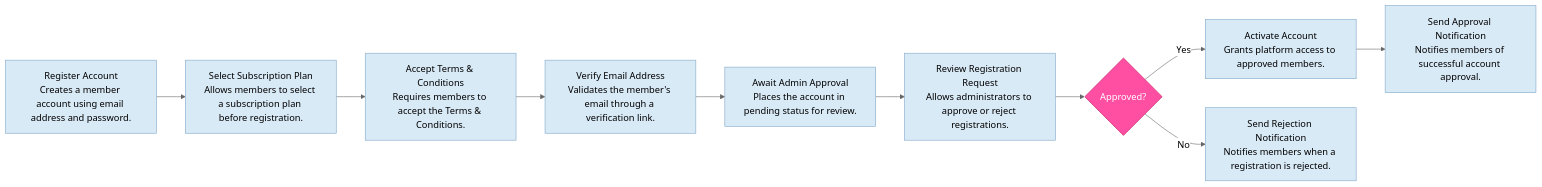
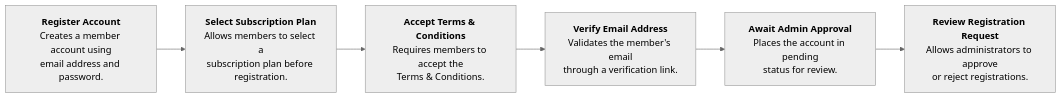
The diagram in member-registration-approval-workflow.md (TRANHALAN/ba-portfolio), drawn with Mermaid (neutral theme) before and after one commit. The commit also changed other lines of this file, not shown here.

````diff
--- a/member-registration-approval-workflow.md
+++ b/member-registration-approval-workflow.md
@@ -1,27 +1,14 @@
 ```mermaid
 flowchart LR
 
-A["Register Account<br/>Creates a member account using email address and password."]
---> B["Select Subscription Plan<br/>Allows members to select a subscription plan before registration."]
---> C["Accept Terms & Conditions<br/>Requires members to accept the Terms & Conditions."]
---> D["Verify Email Address<br/>Validates the member's email through a verification link."]
---> E["Await Admin Approval<br/>Places the account in pending status for review."]
---> F["Review Registration Request<br/>Allows administrators to approve or reject registrations."]
---> G{"Approved?"}
+A["<b>Register Account</b><br/>Creates a member account using<br/>email address and password."]
+--> B["<b>Select Subscription Plan</b><br/>Allows members to select a<br/>subscription plan before registration."]
 
-G -->|Yes| H["Activate Account<br/>Grants platform access to approved members."]
-H --> I["Send Approval Notification<br/>Notifies members of successful account approval."]
+B --> C["<b>Accept Terms & Conditions</b><br/>Requires members to accept the<br/>Terms & Conditions."]
 
-G -->|No| J["Send Rejection Notification<br/>Notifies members when a registration is rejected."]
+C --> D["<b>Verify Email Address</b><br/>Validates the member's email<br/>through a verification link."]
 
-style A fill:#D9EAF7,stroke:#7EA6C6
-style B fill:#D9EAF7,stroke:#7EA6C6
-style C fill:#D9EAF7,stroke:#7EA6C6
-style D fill:#D9EAF7,stroke:#7EA6C6
-style E fill:#D9EAF7,stroke:#7EA6C6
-style F fill:#D9EAF7,stroke:#7EA6C6
-style H fill:#D9EAF7,stroke:#7EA6C6
-style I fill:#D9EAF7,stroke:#7EA6C6
-style J fill:#D9EAF7,stroke:#7EA6C6
-style G fill:#FF4FA3,stroke:#C2185B,color:#fff
+D --> E["<b>Await Admin Approval</b><br/>Places the account in pending<br/>status for review."]
+
+E --> F["<b>Review Registration Request</b><br/>Allows administrators to approve<br/>or reject registrations."]
 ```
````
